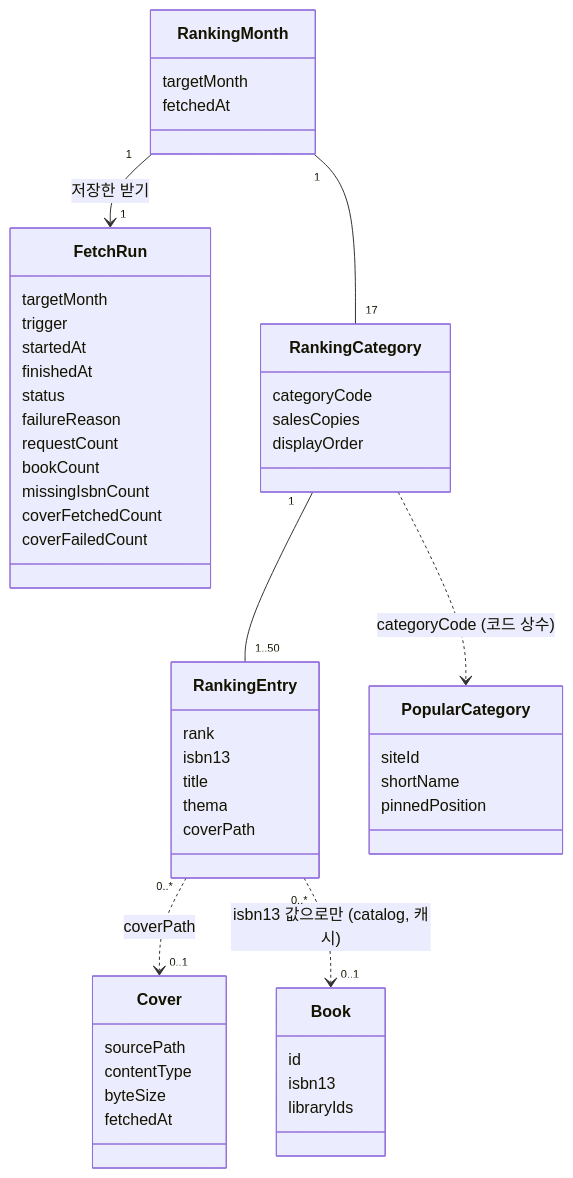
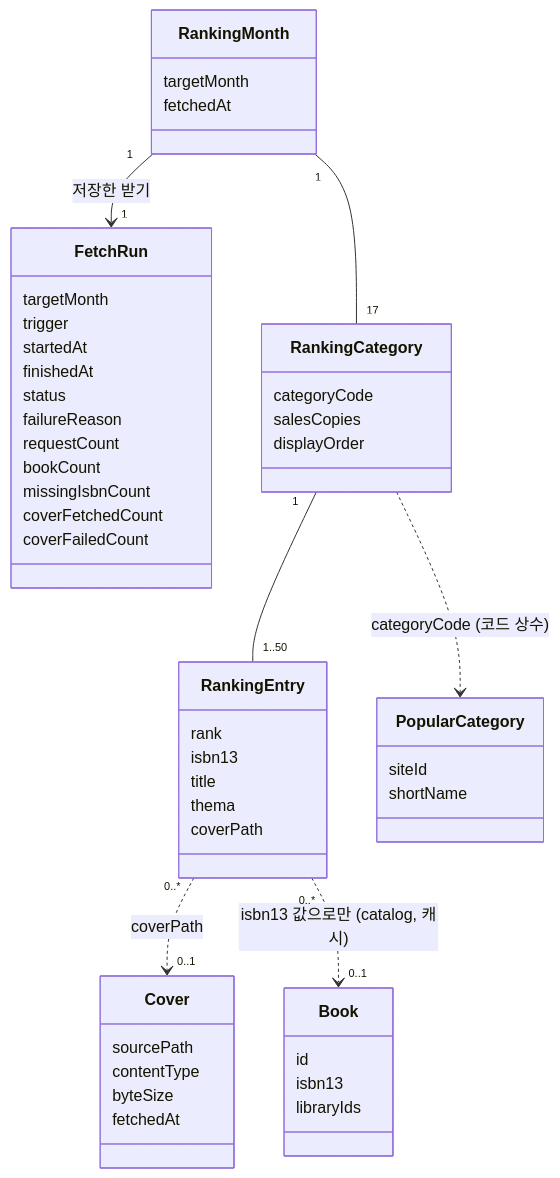
The sixth of 7 diagrams in docs/cycles/10-popular-books/design-delta.md (hodu-sketch/chaekcheck-plan), drawn with Mermaid before and after one commit. The commit also changed other lines of this file and 17 other files, not shown here.

````diff
--- a/docs/cycles/10-popular-books/design-delta.md
+++ b/docs/cycles/10-popular-books/design-delta.md
@@ -135,54 +135,53 @@
 ```mermaid
 classDiagram
   class FetchRun {
     targetMonth
     trigger
     startedAt
     finishedAt
     status
     failureReason
     requestCount
     bookCount
     missingIsbnCount
     coverFetchedCount
     coverFailedCount
   }
   class RankingMonth {
     targetMonth
     fetchedAt
   }
   class RankingCategory {
     categoryCode
     salesCopies
     displayOrder
   }
   class RankingEntry {
     rank
     isbn13
     title
     thema
     coverPath
   }
   class Cover {
     sourcePath
     contentType
     byteSize
     fetchedAt
   }
   class PopularCategory {
     siteId
     shortName
-    pinnedPosition
   }
   class Book {
     id
     isbn13
     libraryIds
   }
   RankingMonth "1" --> "1" FetchRun : 저장한 받기
   RankingMonth "1" -- "17" RankingCategory
   RankingCategory "1" -- "1..50" RankingEntry
   RankingEntry "0..*" ..> "0..1" Cover : coverPath
   RankingCategory ..> PopularCategory : categoryCode (코드 상수)
   RankingEntry "0..*" ..> "0..1" Book : isbn13 값으로만 (catalog, 캐시)
 ```
````
